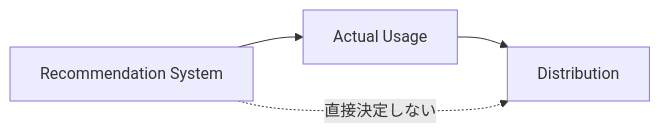
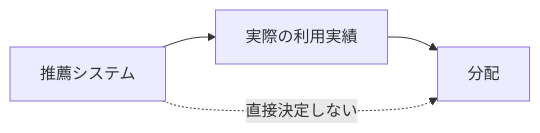
One commit to ShigeichiroYamasaki/creator-first-platform changed diagram 15 of 27 in docs/whitepaper/06-economics-mathjax.md. Above: the diagram before and after it, drawn with Mermaid. The commit also changed other lines of this file and 72 other files, not shown here.

````diff
--- a/docs/whitepaper/06-economics-mathjax.md
+++ b/docs/whitepaper/06-economics-mathjax.md
@@ -760,11 +760,11 @@
 ```mermaid
 flowchart LR
-    REC[Recommendation System]
-    USAGE[Actual Usage]
-    DIST[Distribution]
+    REC[推薦システム]
+    USAGE[実際の利用実績]
+    DIST[分配]
 
     REC --> USAGE
     USAGE --> DIST
 
     REC -.->|直接決定しない| DIST
 ```
````
